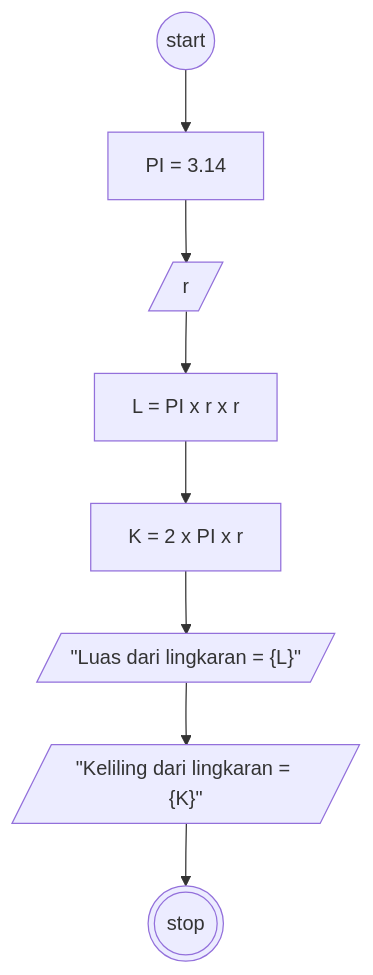
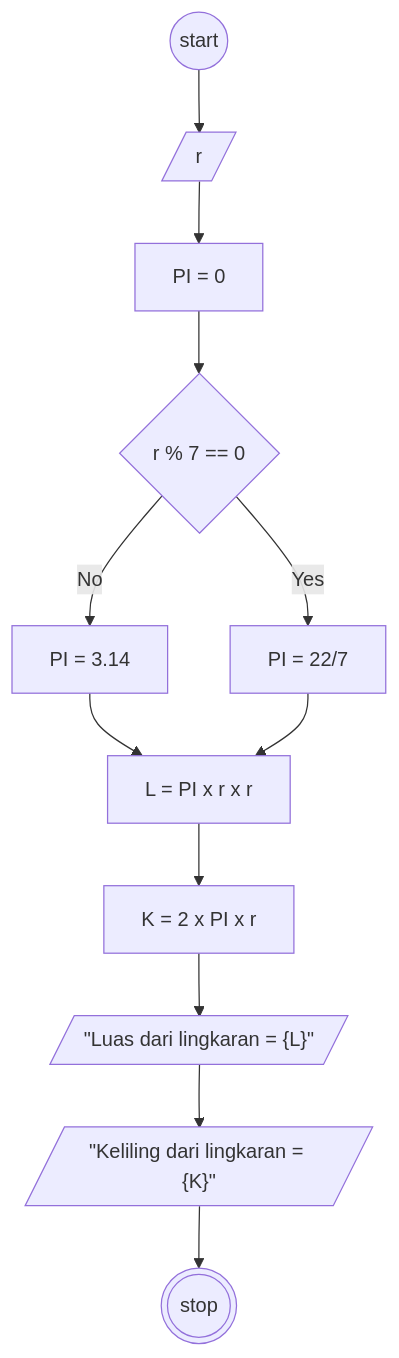
Before and after one commit to bildanjhry/Koda-b8-Javascript1: the diagram in readme.md, drawn with Mermaid. The commit also changed 1 other file, not shown here.

````diff
--- a/readme.md
+++ b/readme.md
@@ -6,15 +6,20 @@
 ```mermaid
 flowchart TD
 start@{shape: circle, label: "start"}
+des@{shape: diam, label: " r % 7 == 0" }
+piEm@{shape: rect, label: "PI = 0" }
 pi@{shape:rect, label: "PI = 3.14" }
+pi2@{shape:rect, label: "PI = 22/7" }
 r@{shape: lean-r, label: "r"}
 L@{shape: rect, label: "L = PI x r x r"}
 outL@{shape: lean-r, label : '"Luas dari lingkaran = {L}"'}
 K@{shape: rect, label: "K = 2 x PI x r"}
 outK@{shape: lean-r, label: '"Keliling dari lingkaran = {K}"'}
 finnish@{shape: double-circle, label: "stop"}
 
-start-->pi-->r-->L-->K-->outL-->outK-->finnish
+start-->r-->piEm-->des
+des-- No -->pi-->L-->K-->outL-->outK-->finnish
+des-- Yes -->pi2-->L
 
 
 ```
````
